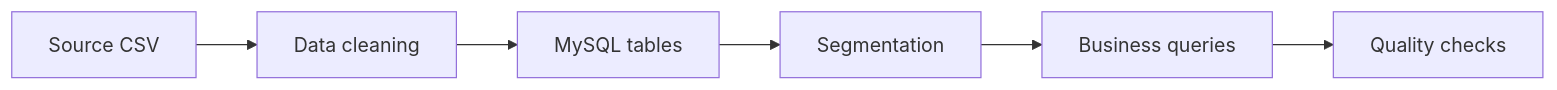
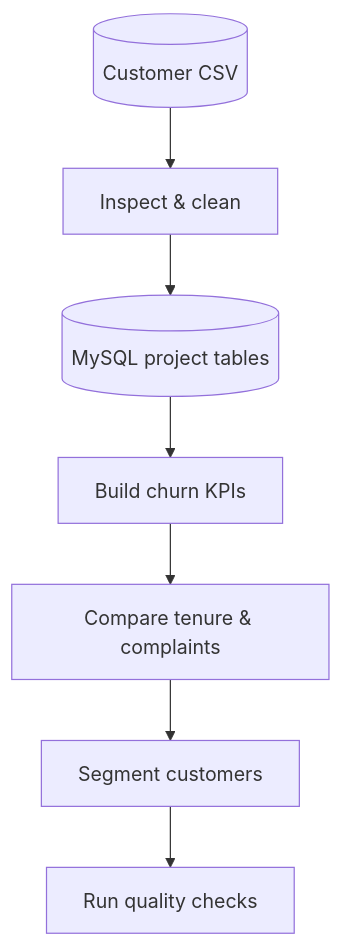
Before and after one commit to shanmukhkoyya/ecommerce-customer-churn-analysis: the diagram in README.md, drawn with Mermaid. The commit also changed other lines of this file, not shown here.

Commit message:
Redesign churn README as SQL investigation dashboard

````diff
--- a/README.md
+++ b/README.md
@@ -18,8 +22,9 @@
 ```mermaid
-flowchart LR
- A[Source CSV] --> B[Data cleaning]
- B --> C[MySQL tables]
- C --> D[Segmentation]
- D --> E[Business queries]
- E --> F[Quality checks]
+flowchart TD
+ A[(Customer CSV)] --> B[Inspect & clean]
+ B --> C[(MySQL project tables)]
+ C --> D[Build churn KPIs]
+ D --> E[Compare tenure & complaints]
+ E --> F[Segment customers]
+ F --> G[Run quality checks]
 ```
````
